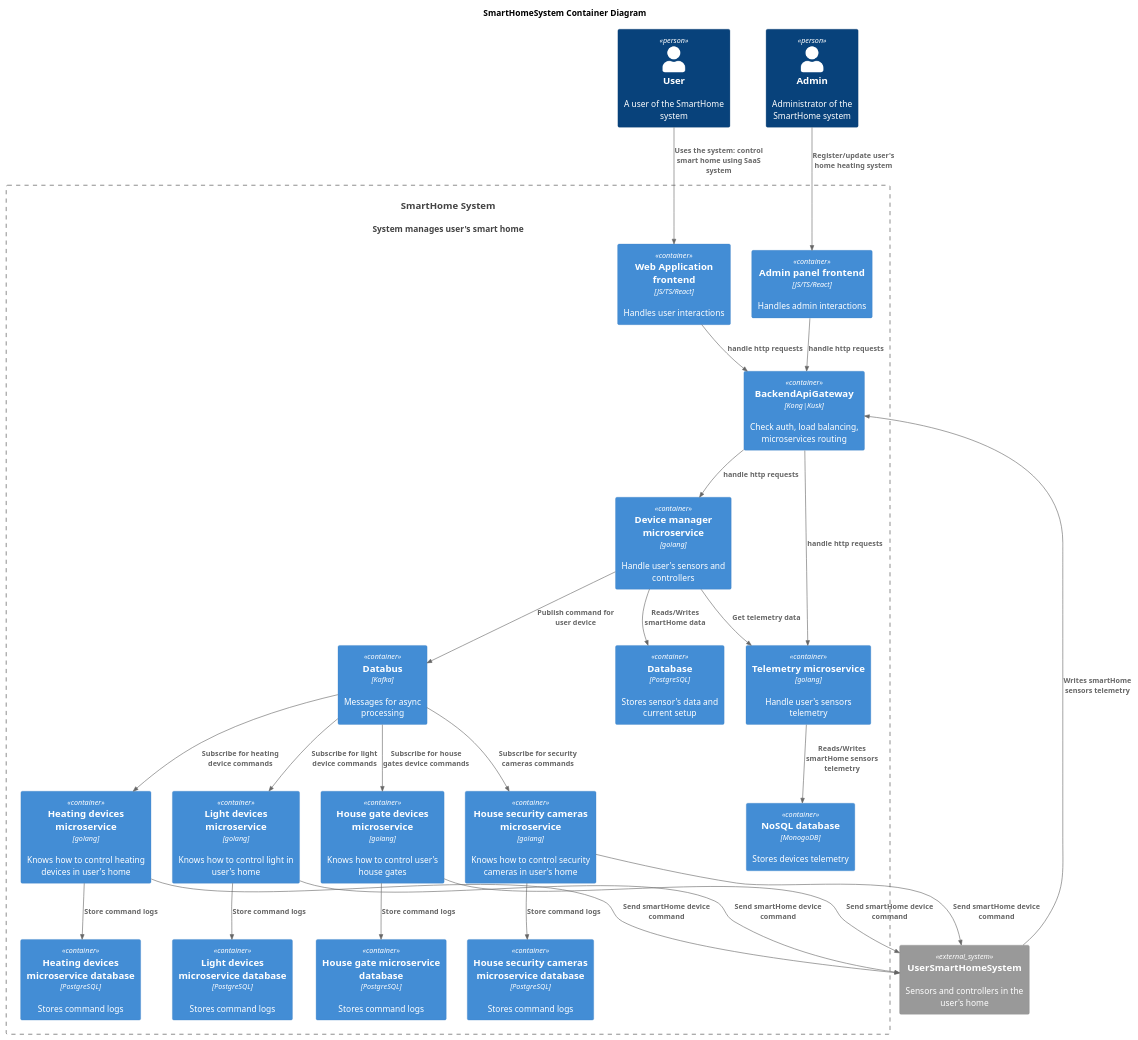
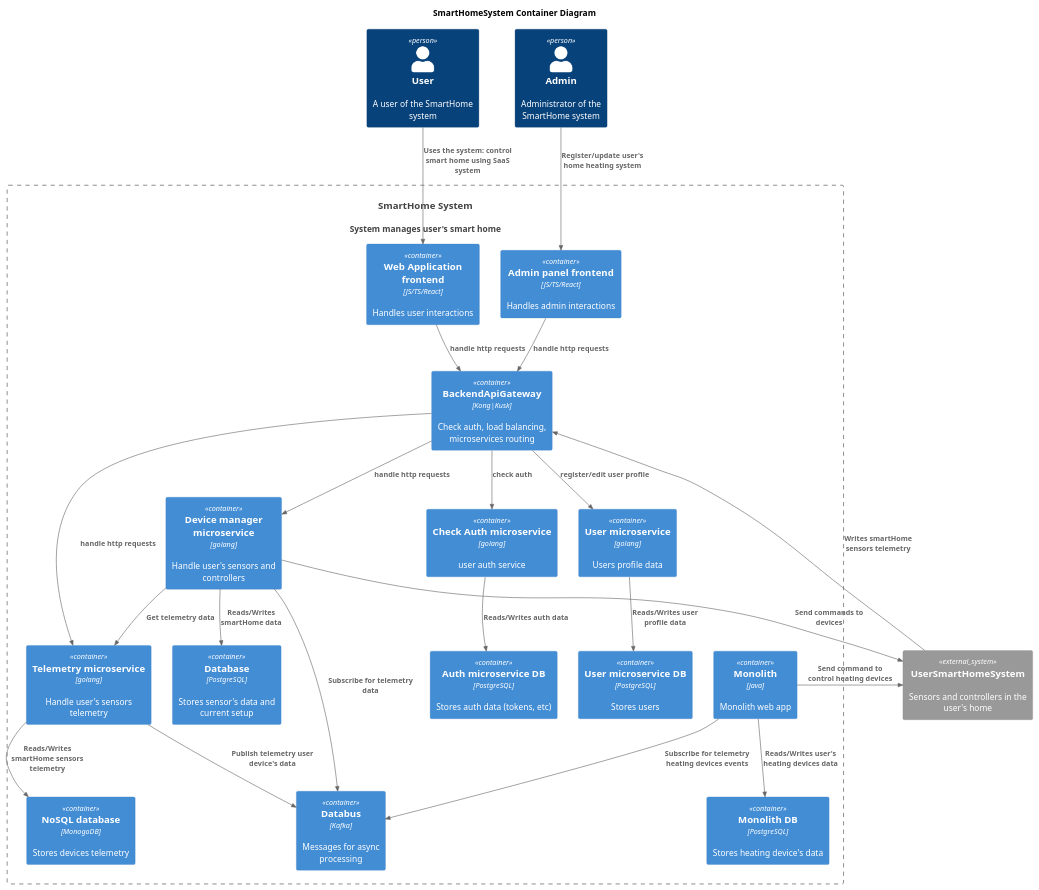
Before and after one commit to misikch/ya-practicum-arch-sprint-3: the diagram in docs/tobe/Container.puml, drawn with PlantUML.

Commit message:
added microservices

```diff
--- a/docs/tobe/Container.puml
+++ b/docs/tobe/Container.puml
@@ -1,77 +1,69 @@
 @startuml
 title SmartHomeSystem Container Diagram
 
 top to bottom direction
 
 !include ./C4_Container.puml
 
 Person(user, "User", "A user of the SmartHome system")
 Person(admin, "Admin", "Administrator of the SmartHome system")
 System(SmartHomeSystem, "SmartHome System", "System manages user's smart home")
 
 Container_Boundary(SmartHomeSystem, "SmartHome System") {
     Container(UserFrontend, "Web Application frontend", "JS/TS/React", "Handles user interactions")
     Container(AdminFrontend, "Admin panel frontend", "JS/TS/React", "Handles admin interactions")
     Container(ApiGateway, "BackendApiGateway", "Kong|Kusk", "Check auth, load balancing, microservices routing")
     Container(ApiGateway, "BackendApiGateway", "Kong|Kusk", "Check auth, load balancing, microservices routing")
 
     together {
         together {
             Container(DeviceManager, "Device manager microservice", "golang", "Handle user's sensors and controllers")
             Container(Database, "Database", "PostgreSQL", "Stores sensor's data and current setup")
         }
         together {
             Container(Telemetry, "Telemetry microservice", "golang", "Handle user's sensors telemetry")
             Container(DatabaseTelemetry, "NoSQL database", "MonogoDB", "Stores devices telemetry")
         }
     }
 
     together {
-        Container(HeatingSystemService, "Heating devices microservice", "golang", "Knows how to control heating devices in user's home")
-        Container(HeatingSystemServiceDatabase, "Heating devices microservice database", "PostgreSQL", "Stores command logs")
+        Container(AuthService, "Check Auth microservice", "golang", "user auth service")
+        Container(AuthServiceDatabase, "Auth microservice DB", "PostgreSQL", "Stores auth data (tokens, etc)")
     }
 
     together {
-        Container(LightsSystemService, "Light devices microservice", "golang", "Knows how to control light in user's home")
-        Container(LightsSystemServiceDatabase, "Light devices microservice database", "PostgreSQL", "Stores command logs")
+        Container(UserProfileService, "User microservice", "golang", "Users profile data")
+        Container(UserProfileServiceDatabase, "User microservice DB", "PostgreSQL", "Stores users")
     }
 
-    together {
-        Container(HouseGatesSystemService, "House gate devices microservice", "golang", "Knows how to control user's house gates")
-        Container(HouseGatesSystemServiceDatabase, "House gate microservice database", "PostgreSQL", "Stores command logs")
-    }
-
-    together {
-        Container(CamerasSystemService, "House security cameras microservice", "golang", "Knows how to control security cameras in user's home")
-        Container(CamerasSystemServiceDatabase, "House security cameras microservice database", "PostgreSQL", "Stores command logs")
-    }
+        together {
+            Container(Monolith, "Monolith", "java", "Monolith web app")
+            Container(MonolithDatabase, "Monolith DB", "PostgreSQL", "Stores heating device's data")
+        }
 
     Container(Databus, "Databus", "Kafka", "Messages for async processing")
 }
 
 System_Ext(usersHome, "UserSmartHomeSystem", "Sensors and controllers in the user's home")
 
 Rel(user, UserFrontend, "Uses the system: control smart home using SaaS system")
 Rel(admin, AdminFrontend,"Register/update user's home heating system")
 Rel(UserFrontend, ApiGateway, "handle http requests")
 Rel(AdminFrontend, ApiGateway, "handle http requests")
 Rel(ApiGateway, Telemetry, "handle http requests")
 Rel(ApiGateway, DeviceManager, "handle http requests")
+Rel(ApiGateway, AuthService, "check auth")
+Rel(ApiGateway, UserProfileService, "register/edit user profile")
 Rel(DeviceManager,Telemetry,"Get telemetry data")
-Rel(DeviceManager,Databus,"Publish command for user device")
-Rel(Databus,HeatingSystemService,"Subscribe for heating device commands")
-Rel(Databus,LightsSystemService,"Subscribe for light device commands")
-Rel(Databus,HouseGatesSystemService,"Subscribe for house gates device commands")
-Rel(Databus,CamerasSystemService,"Subscribe for security cameras commands")
+Rel(DeviceManager,Databus,"Subscribe for telemetry data")
+Rel(Telemetry,Databus,"Publish telemetry user device's data")
 Rel(DeviceManager,Database,"Reads/Writes smartHome data")
 Rel(Telemetry,DatabaseTelemetry,"Reads/Writes smartHome sensors telemetry")
+Rel(AuthService, AuthServiceDatabase, "Reads/Writes auth data")
+Rel(UserProfileService, UserProfileServiceDatabase, "Reads/Writes user profile data")
+Rel(Monolith, MonolithDatabase, "Reads/Writes user's heating devices data")
+Rel(Monolith, Databus, "Subscribe for telemetry heating devices events")
+Rel(Monolith, usersHome, "Send command to control heating devices")
+Rel(DeviceManager, usersHome, "Send commands to devices")
 Rel(usersHome,ApiGateway,"Writes smartHome sensors telemetry")
-Rel(HeatingSystemService,usersHome,"Send smartHome device command")
-Rel(HeatingSystemService,HeatingSystemServiceDatabase,"Store command logs")
-Rel(LightsSystemService,usersHome,"Send smartHome device command")
-Rel(LightsSystemService,LightsSystemServiceDatabase,"Store command logs")
-Rel(HouseGatesSystemService,usersHome,"Send smartHome device command")
-Rel(HouseGatesSystemService,HouseGatesSystemServiceDatabase,"Store command logs")
-Rel(CamerasSystemService,usersHome,"Send smartHome device command")
-Rel(CamerasSystemService,CamerasSystemServiceDatabase,"Store command logs")
 @enduml
```
